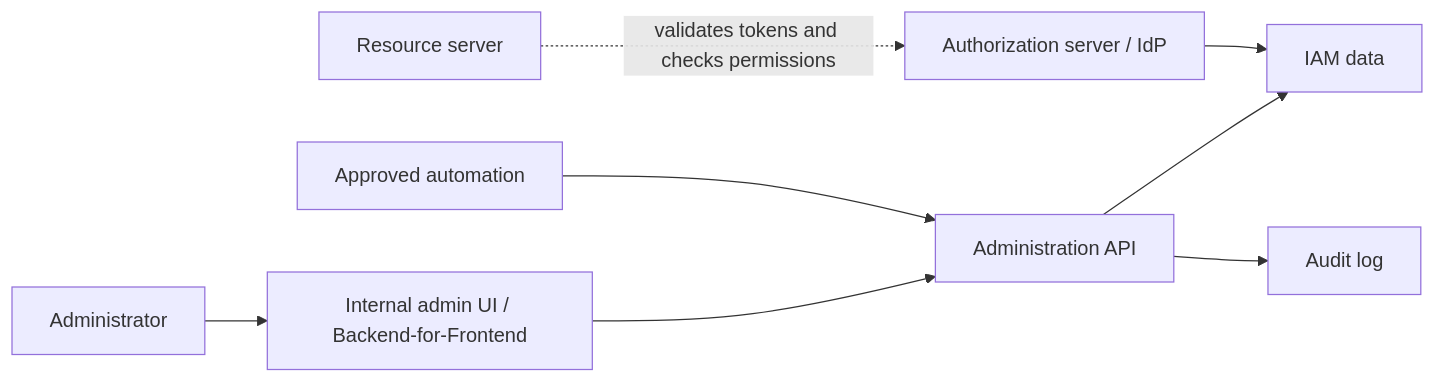
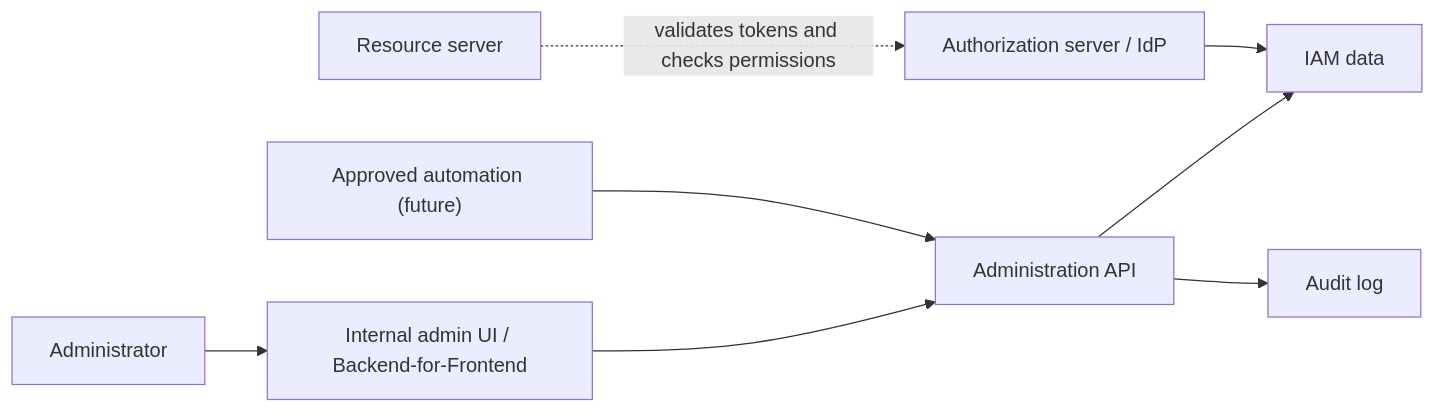
The diagram in docs/wiki/08-admin-api.md (panaC/edrlab-backoffice-auth-study), drawn with Mermaid before and after one commit. The commit also changed other lines of this file and 12 other files, not shown here.

````diff
--- a/docs/wiki/08-admin-api.md
+++ b/docs/wiki/08-admin-api.md
@@ -37,19 +41,19 @@
 ```mermaid
 flowchart LR
     Admin["Administrator"]
-    Automation["Approved automation"]
+    Automation["Approved automation (future)"]
     BFF["Internal admin UI / Backend-for-Frontend"]
     AdminAPI["Administration API"]
     IAMData["IAM data"]
     AS["Authorization server / IdP"]
     API["Resource server"]
     Audit["Audit log"]
 
     Admin --> BFF
     BFF --> AdminAPI
     Automation --> AdminAPI
     AdminAPI --> IAMData
     AdminAPI --> Audit
     AS --> IAMData
     API -. "validates tokens and checks permissions" .-> AS
 ```
````
